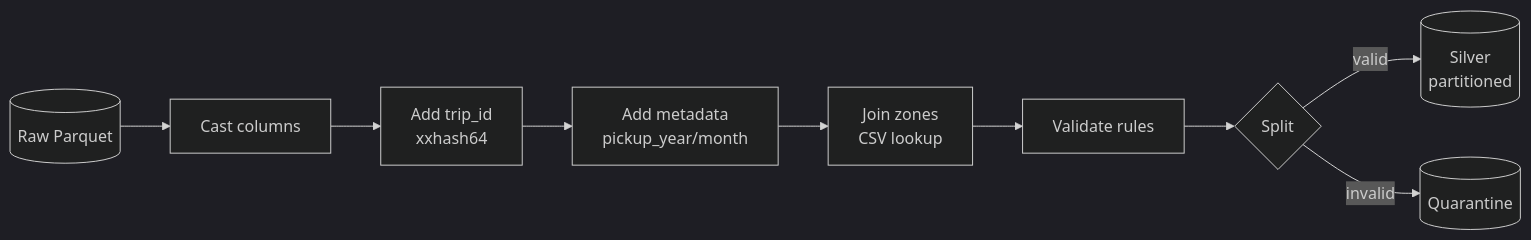
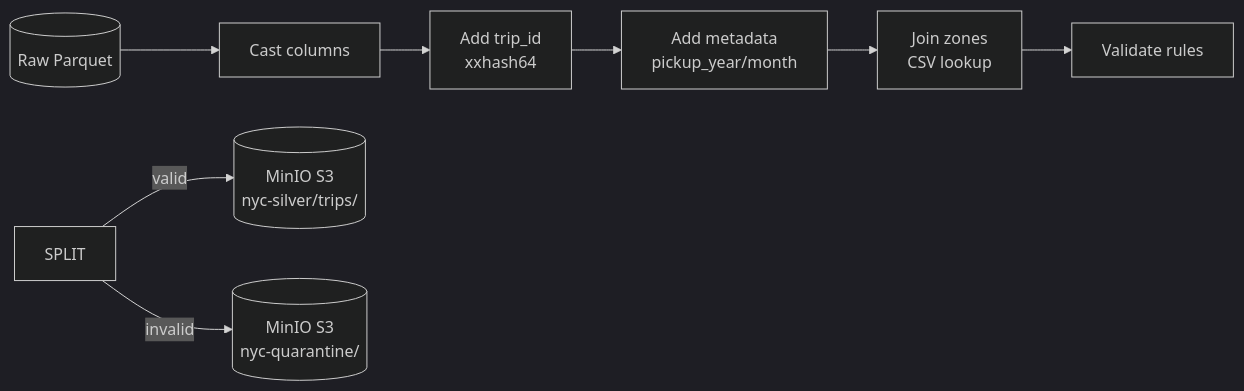
Before and after one commit to DawieMalmsteel/nyc_new: the second of 8 diagrams in workflow.md, drawn with Mermaid (dark theme). The commit also changed other lines of this file and 4 other files, not shown here.

First line of the commit message:
docs: Update docs for MinIO S3 architecture, add Vietnamese README

````diff
--- a/workflow.md
+++ b/workflow.md
@@ -63,11 +66,10 @@
 ```mermaid
 flowchart LR
     INPUT[("Raw Parquet")] --> CAST[Cast columns]
     CAST --> ADDID[Add trip_id<br/>xxhash64]
     ADDID --> META[Add metadata<br/>pickup_year/month]
     META --> JOIN[Join zones<br/>CSV lookup]
     JOIN --> VALIDATE[Validate rules]
-    VALIDATE --> SPLIT{Split}
-    SPLIT -->|valid| SILVER[("Silver<br/>partitioned")]
-    SPLIT -->|invalid| QUARANTINE[("Quarantine")]
+    SPLIT -->|valid| SILVER[("MinIO S3<br/>nyc-silver/trips/")]
+    SPLIT -->|invalid| QUARANTINE[("MinIO S3<br/>nyc-quarantine/")]
 ```
````
